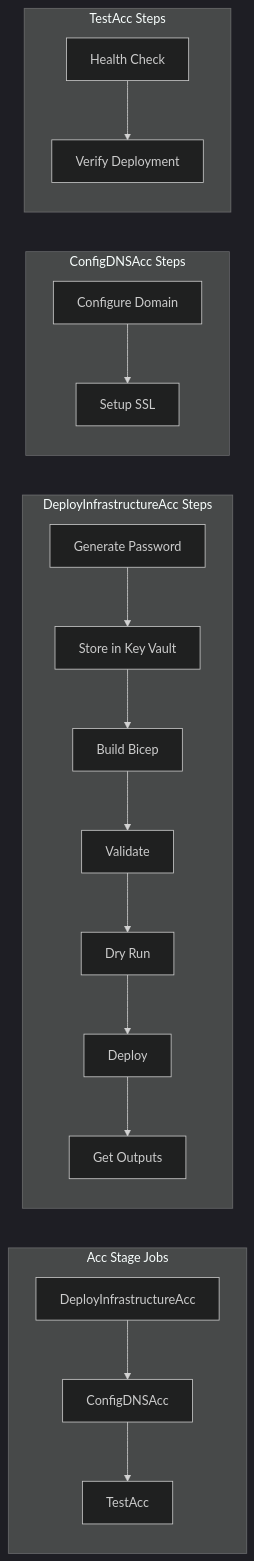
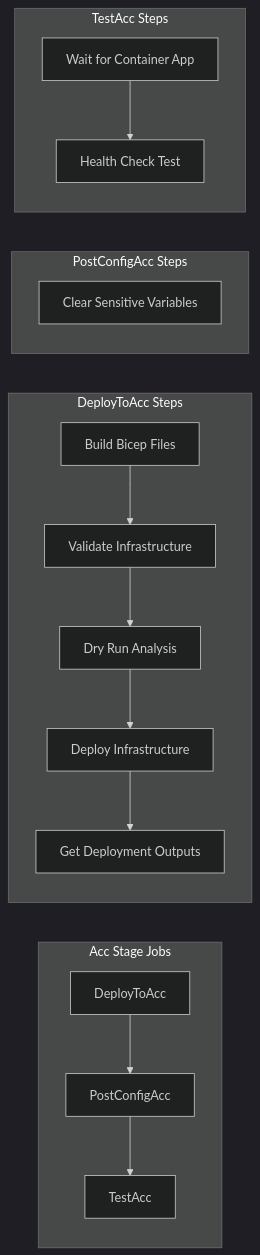
Before and after one commit to srmds/n8n-azure-apps-quick-starter: the third of 12 diagrams in docs/cicd-pipeline.md, drawn with Mermaid (dark theme). The commit also changed other lines of this file and 15 other files, not shown here.

````diff
--- a/docs/cicd-pipeline.md
+++ b/docs/cicd-pipeline.md
@@ -116,24 +118,22 @@
 ```mermaid
 graph LR
     subgraph "Acc Stage Jobs"
-        A[DeployInfrastructureAcc] --> B[ConfigDNSAcc]
+        A[DeployToAcc] --> B[PostConfigAcc]
         B --> C[TestAcc]
     end
 
-    subgraph "DeployInfrastructureAcc Steps"
-        A1[Generate Password] --> A2[Store in Key Vault]
-        A2 --> A3[Build Bicep]
-        A3 --> A4[Validate]
-        A4 --> A5[Dry Run]
-        A5 --> A6[Deploy]
-        A6 --> A7[Get Outputs]
+    subgraph "DeployToAcc Steps"
+        A1[Build Bicep Files] --> A2[Validate Infrastructure]
+        A2 --> A3[Dry Run Analysis]
+        A3 --> A4[Deploy Infrastructure]
+        A4 --> A5[Get Deployment Outputs]
     end
 
-    subgraph "ConfigDNSAcc Steps"
-        B1[Configure Domain] --> B2[Setup SSL]
+    subgraph "PostConfigAcc Steps"
+        B1[Clear Sensitive Variables]
     end
 
     subgraph "TestAcc Steps"
-        C1[Health Check] --> C2[Verify Deployment]
+        C1[Wait for Container App] --> C2[Health Check Test]
     end
 ```
````
